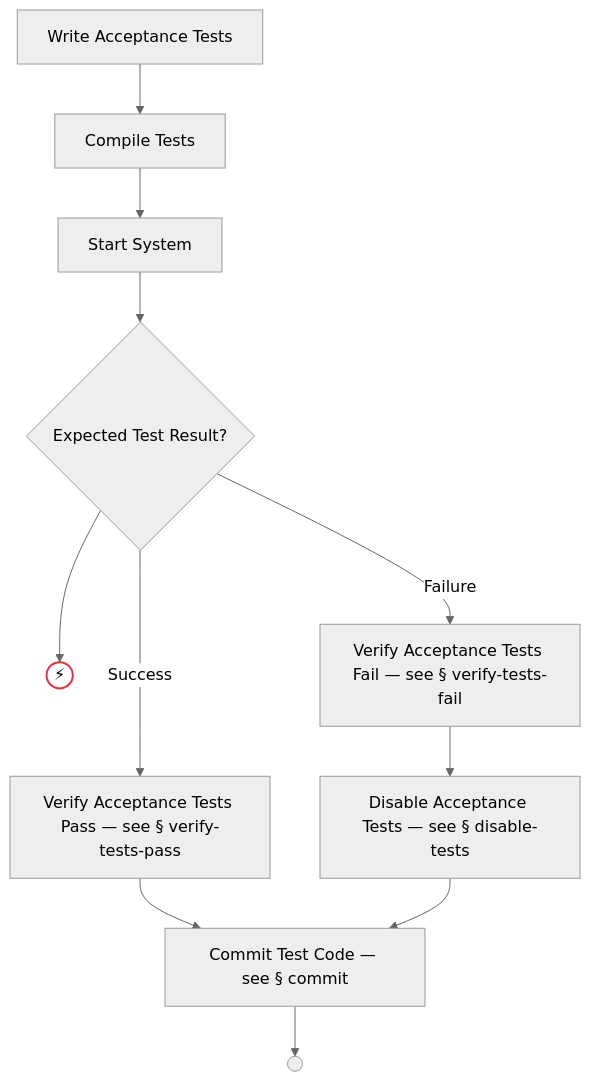
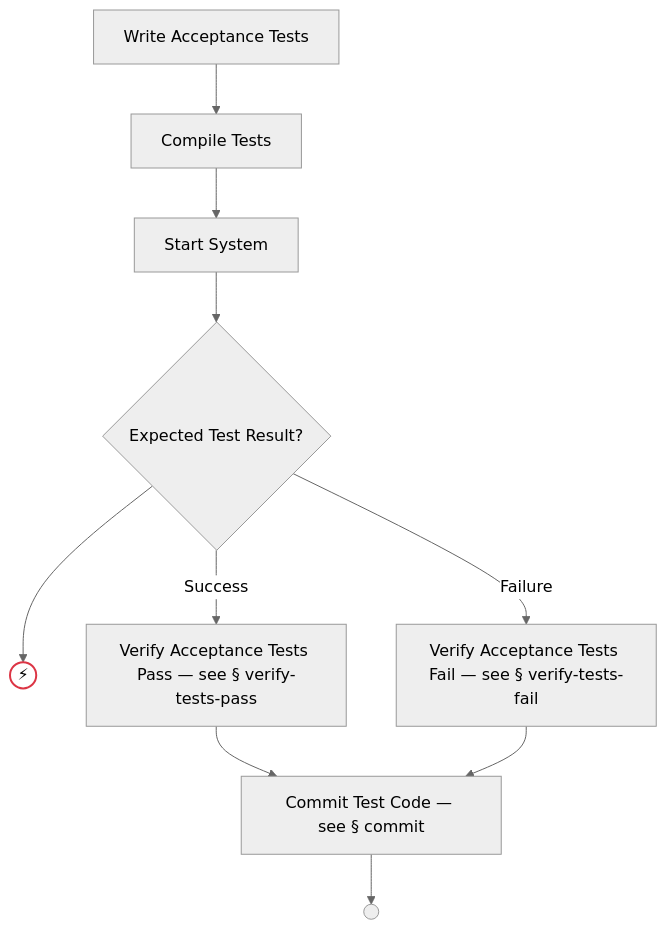
Before and after one commit to optivem/gh-optivem: diagram 15 of 52 in docs/process-diagram.md, drawn with Mermaid (neutral theme). The commit also changed other lines of this file and 26 other files, not shown here.

Commit message:
atdd: regenerate process-flow diagram

````diff
--- a/docs/process-diagram.md
+++ b/docs/process-diagram.md
@@ -294,27 +292,25 @@
 ```mermaid
 flowchart TD
     COMMIT_TEST_CODE[Commit Test Code — see § commit]
     COMPILE_TESTS[Compile Tests]
-    DISABLE_ACCEPTANCE_TESTS[Disable Acceptance Tests — see § disable-tests]
     GATE_EXPECTED_TEST_RESULT{Expected Test Result?}
     START_SYSTEM[Start System]
     UNKNOWN_EXPECTED_TEST_RESULT((⚡))
     VERIFY_TESTS_FAIL_ACCEPTANCE[Verify Acceptance Tests Fail — see § verify-tests-fail]
     VERIFY_TESTS_PASS_ACCEPTANCE[Verify Acceptance Tests Pass — see § verify-tests-pass]
     WAV_AT_CODE_END(( ))
     WRITE_ACCEPTANCE_TESTS[Write Acceptance Tests]
 
     WRITE_ACCEPTANCE_TESTS --> COMPILE_TESTS
     COMPILE_TESTS --> START_SYSTEM
     START_SYSTEM --> GATE_EXPECTED_TEST_RESULT
     GATE_EXPECTED_TEST_RESULT -- Success --> VERIFY_TESTS_PASS_ACCEPTANCE
     GATE_EXPECTED_TEST_RESULT -- Failure --> VERIFY_TESTS_FAIL_ACCEPTANCE
     GATE_EXPECTED_TEST_RESULT --> UNKNOWN_EXPECTED_TEST_RESULT
     VERIFY_TESTS_PASS_ACCEPTANCE --> COMMIT_TEST_CODE
-    VERIFY_TESTS_FAIL_ACCEPTANCE --> DISABLE_ACCEPTANCE_TESTS
-    DISABLE_ACCEPTANCE_TESTS --> COMMIT_TEST_CODE
+    VERIFY_TESTS_FAIL_ACCEPTANCE --> COMMIT_TEST_CODE
     COMMIT_TEST_CODE --> WAV_AT_CODE_END
 
     classDef errorEndNode fill:#ffffff,stroke:#dc3545,stroke-width:2px,color:#000000
     class UNKNOWN_EXPECTED_TEST_RESULT errorEndNode
 ```
````
